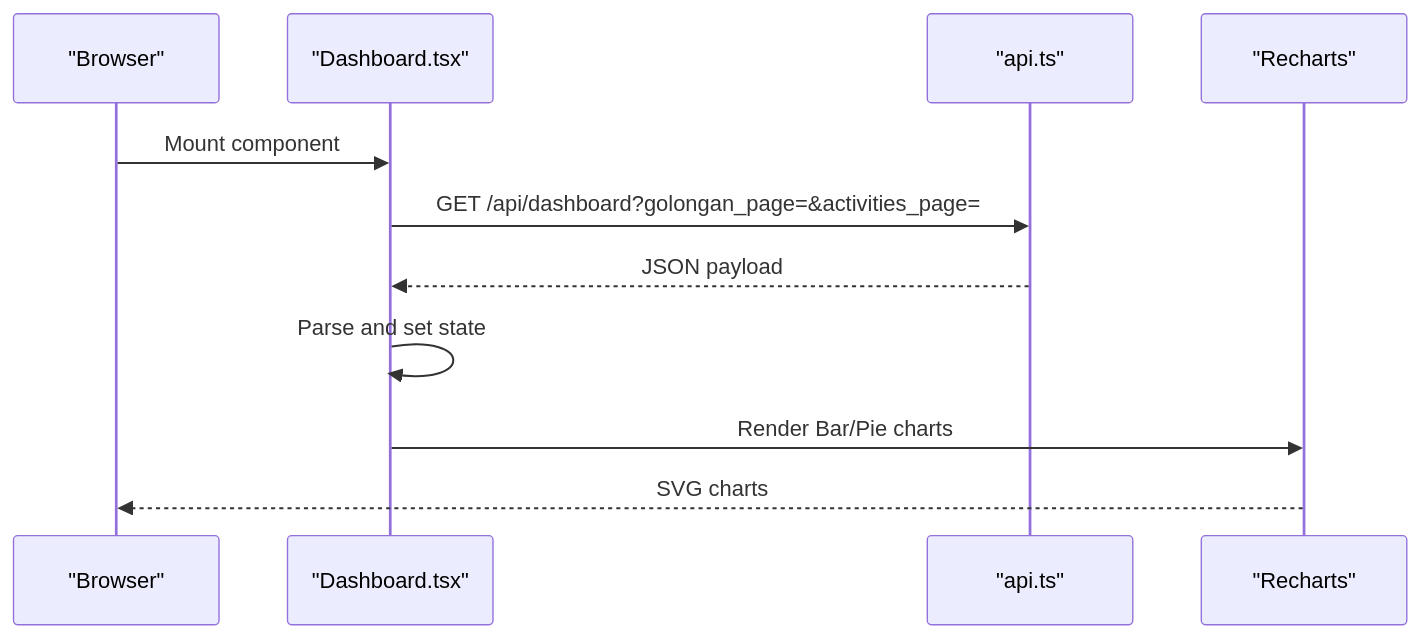
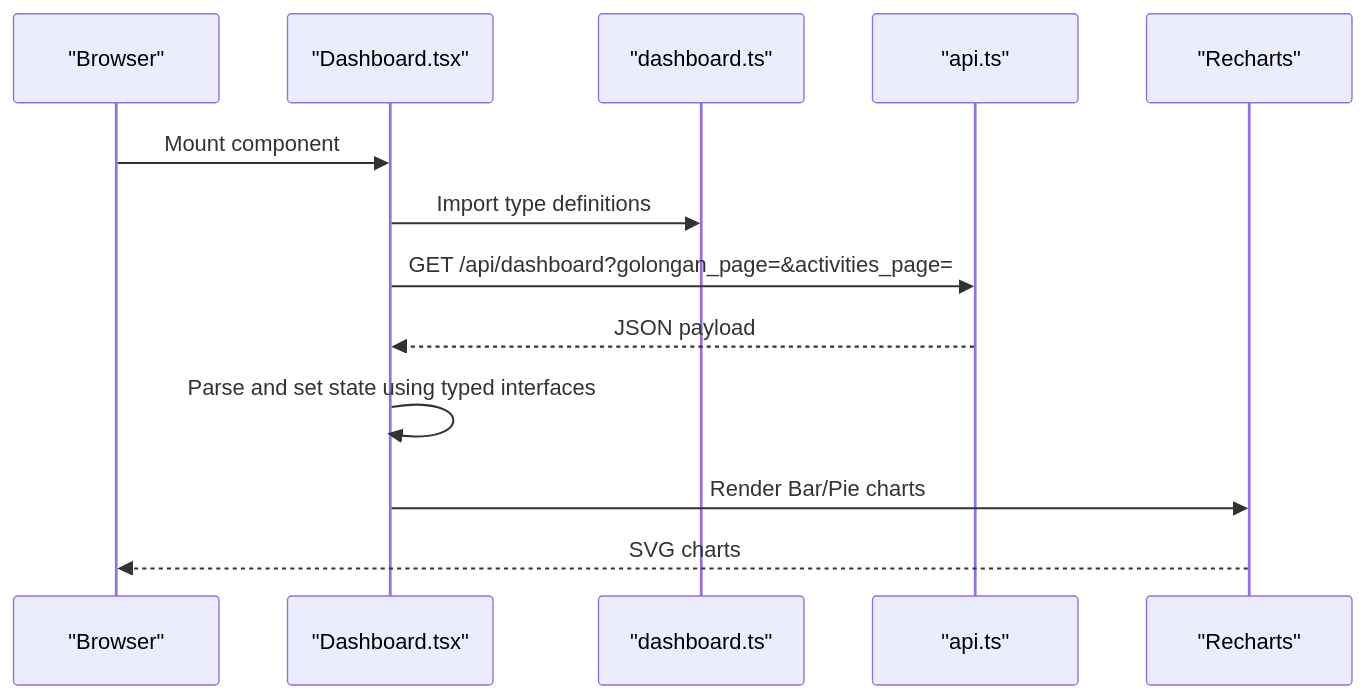
One commit to haidarqawama/PPA-klinik-amc changed the fourth of 8 diagrams in .qoder/repowiki/en/content/Frontend Architecture/Component System & Organization/Component System & Organization.md. Above: the diagram before and after it, drawn with Mermaid. The commit also changed other lines of this file and 58 other files, not shown here.

````diff
--- a/.qoder/repowiki/en/content/Frontend Architecture/Component System & Organization/Component System & Organization.md
+++ b/.qoder/repowiki/en/content/Frontend Architecture/Component System & Organization/Component System & Organization.md
@@ -258,13 +399,15 @@
 ```mermaid
 sequenceDiagram
 participant Browser as "Browser"
 participant Page as "Dashboard.tsx"
+participant Types as "dashboard.ts"
 participant API as "api.ts"
 participant Recharts as "Recharts"
 Browser->>Page : Mount component
+Page->>Types : Import type definitions
 Page->>API : GET /api/dashboard?golongan_page=&activities_page=
 API-->>Page : JSON payload
-Page->>Page : Parse and set state
+Page->>Page : Parse and set state using typed interfaces
 Page->>Recharts : Render Bar/Pie charts
 Recharts-->>Browser : SVG charts
 ```
````
